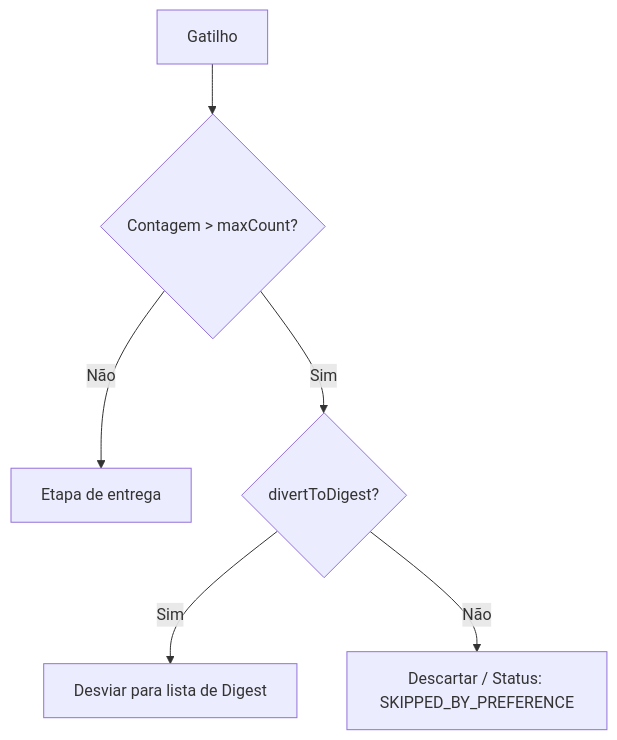
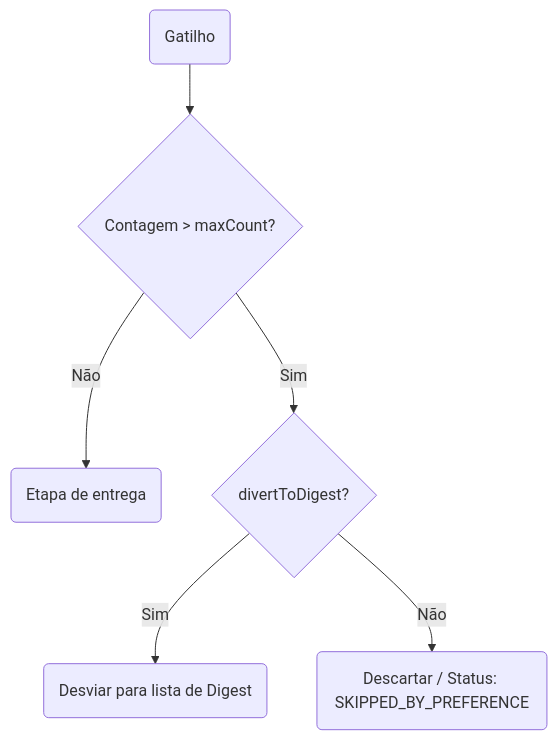
One commit to KriyanshKhunt/nexus_docs changed the second of 2 diagrams in content/docs/pt/platform/features/digest-throttle.mdx. Above: the diagram before and after it, drawn with Mermaid. The commit also changed other lines of this file and 20 other files, not shown here.

Commit message:
Handle pt Mermaid charts

````diff
--- a/content/docs/pt/platform/features/digest-throttle.mdx
+++ b/content/docs/pt/platform/features/digest-throttle.mdx
@@ -72,8 +72,8 @@
 ```mermaid
 flowchart TD
-  Trigger[Gatilho] --> Throttle{Contagem > maxCount?}
-  Throttle -->|Não| Pass[Etapa de entrega]
+  Trigger(Gatilho) --> Throttle{Contagem > maxCount?}
+  Throttle -->|Não| Pass(Etapa de entrega)
   Throttle -->|Sim| Divert{divertToDigest?}
-  Divert -->|Sim| Queue[Desviar para lista de Digest]
-  Divert -->|Não| Drop[Descartar / Status: SKIPPED_BY_PREFERENCE]
+  Divert -->|Sim| Queue(Desviar para lista de Digest)
+  Divert -->|Não| Drop(Descartar / Status: SKIPPED_BY_PREFERENCE)
 ```
````
